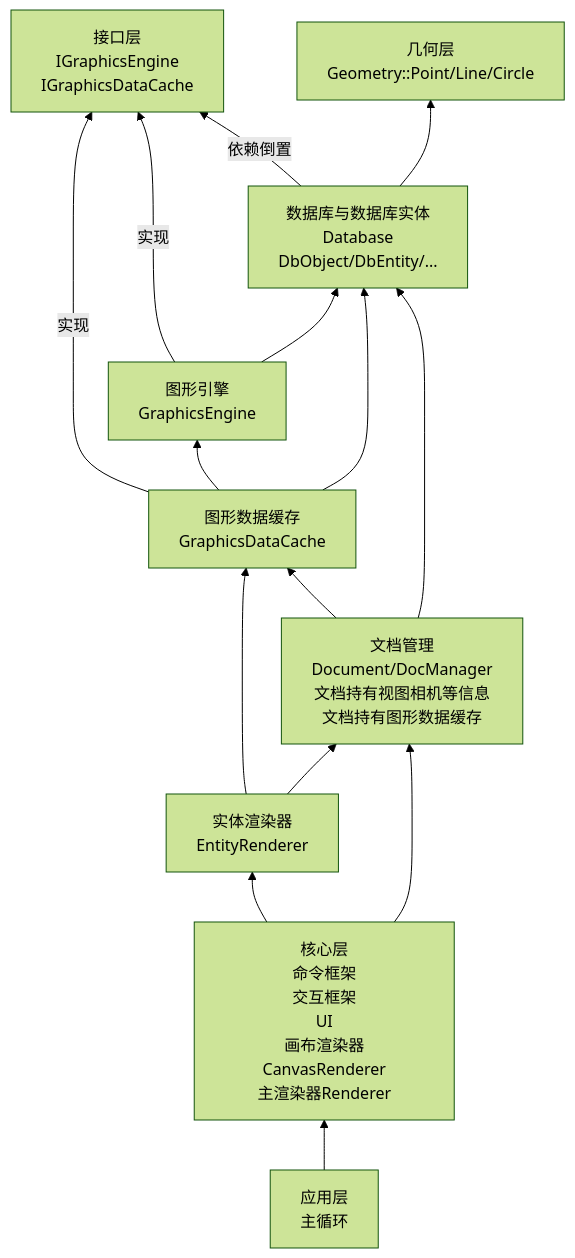
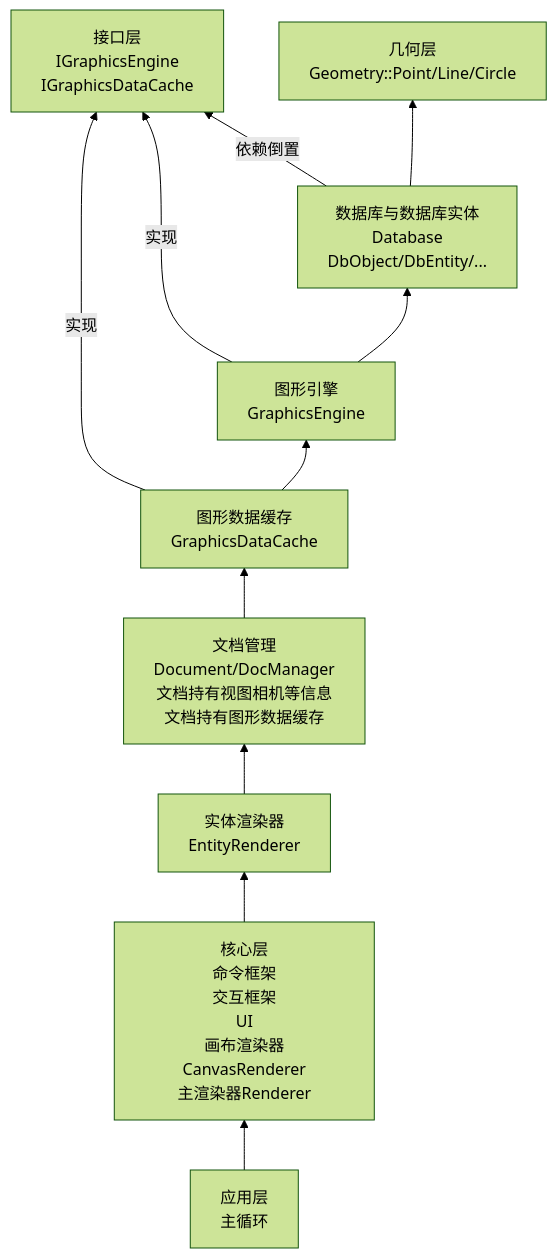
One commit to tch0/CadToy changed the diagram in Docs/CoreDesign.md. Above: the diagram before and after it, drawn with Mermaid (forest theme). The commit also changed other lines of this file and 1 other file, not shown here.

Commit message:
图形数据缓存接口修改，实体缓存数据并不是单纯只是顶点数组，还需要其他信息

````diff
--- a/Docs/CoreDesign.md
+++ b/Docs/CoreDesign.md
@@ -41,28 +41,24 @@
 ```mermaid
 graph BT
     GEO[几何层<br/>Geometry::Point/Line/Circle]
     INTERFACE[接口层<br/>IGraphicsEngine<br/>IGraphicsDataCache]
     DB[数据库与数据库实体<br/>Database<br/>DbObject/DbEntity/...]
     DOC[文档管理<br/>Document/DocManager<br/>文档持有视图相机等信息<br/>文档持有图形数据缓存]
     GE[图形引擎<br/>GraphicsEngine]
     GECACHE[图形数据缓存<br/>GraphicsDataCache]
     RENDER[实体渲染器<br/>EntityRenderer]
     CORE[核心层<br/>命令框架<br/>交互框架<br/>UI<br/>画布渲染器CanvasRenderer<br/>主渲染器Renderer]
     APP[应用层<br/>主循环]
 
     
     DB -- 依赖倒置 --> INTERFACE
     DB --> GEO
     GE -- 实现 --> INTERFACE
     GECACHE -- 实现 --> INTERFACE
-    DOC --> DB
-    GECACHE --> DB
     GE --> DB
     GECACHE --> GE
     DOC --> GECACHE
-    CORE --> DOC
-    RENDER --> GECACHE
     RENDER --> DOC
     CORE --> RENDER
     APP --> CORE
 ```
````
